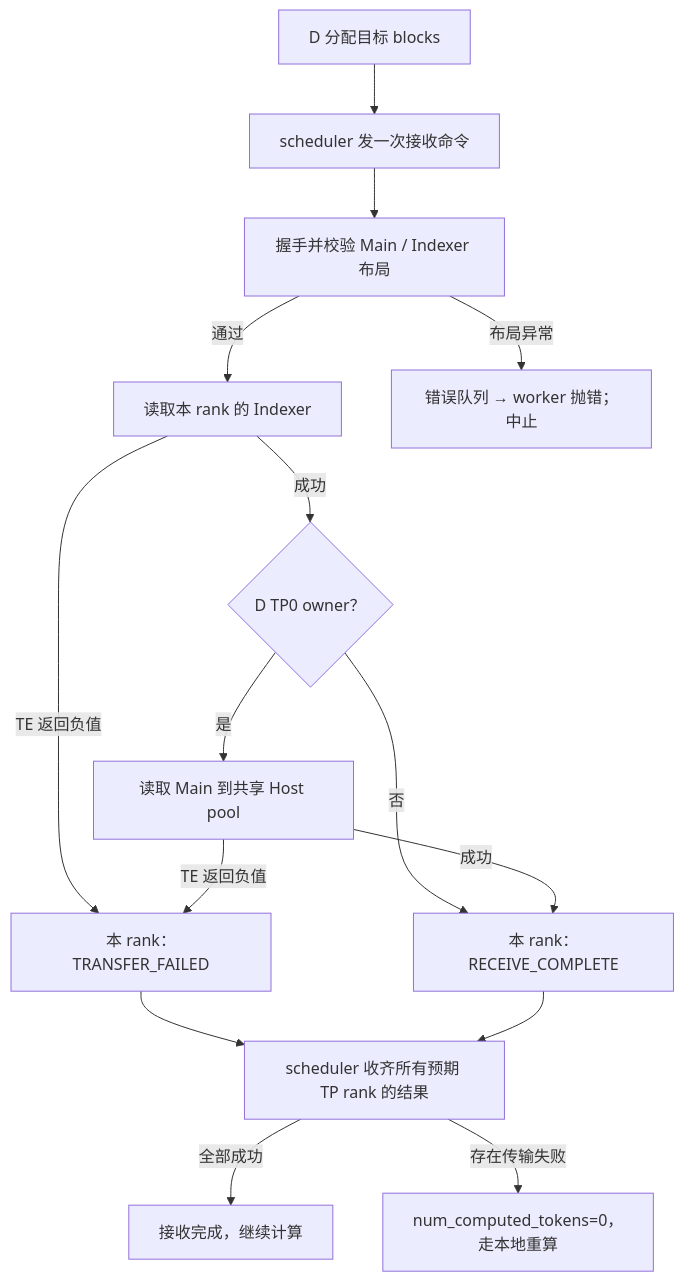
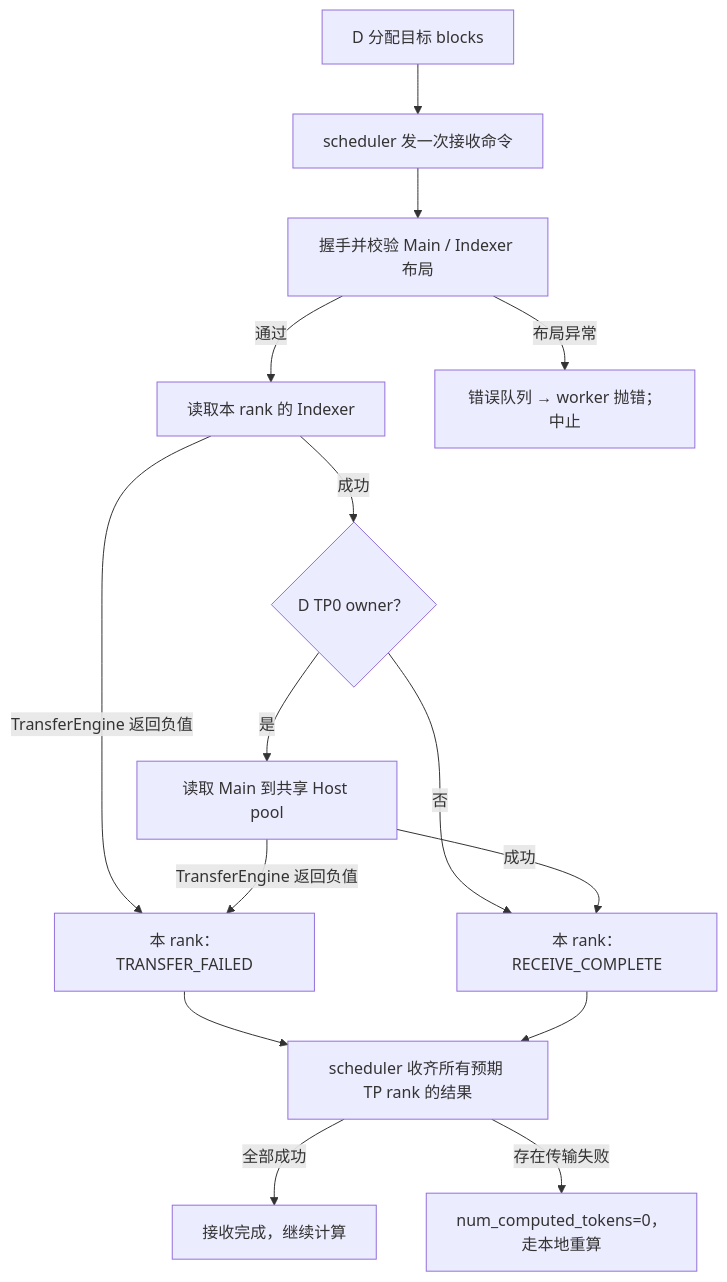
Before and after one commit to lsjfy-open-com/vllm-ascend: the third of 5 diagrams in docs/blockwise_mtp_025_migration.md, drawn with Mermaid. The commit also changed other lines of this file, not shown here.

Commit message:
docs(kv-transfer): design asymmetric DCP support for blockwise DSA

````diff
--- a/docs/blockwise_mtp_025_migration.md
+++ b/docs/blockwise_mtp_025_migration.md
@@ -124,17 +124,17 @@
 ```mermaid
 flowchart TD
     A["D 分配目标 blocks"] --> B["scheduler 发一次接收命令"]
     B --> C["握手并校验 Main / Indexer 布局"]
     C -->|通过| D["读取本 rank 的 Indexer"]
     C -->|布局异常| E["错误队列 → worker 抛错；中止"]
-    D -->|TE 返回负值| F["本 rank：TRANSFER_FAILED"]
+    D -->|TransferEngine 返回负值| F["本 rank：TRANSFER_FAILED"]
     D -->|成功| G{"D TP0 owner？"}
     G -->|是| H["读取 Main 到共享 Host pool"]
     G -->|否| I["本 rank：RECEIVE_COMPLETE"]
     H -->|成功| I
-    H -->|TE 返回负值| F
+    H -->|TransferEngine 返回负值| F
     F --> J["scheduler 收齐所有预期 TP rank 的结果"]
     I --> J
     J -->|全部成功| K["接收完成，继续计算"]
     J -->|存在传输失败| L["num_computed_tokens=0，走本地重算"]
 ```
````
